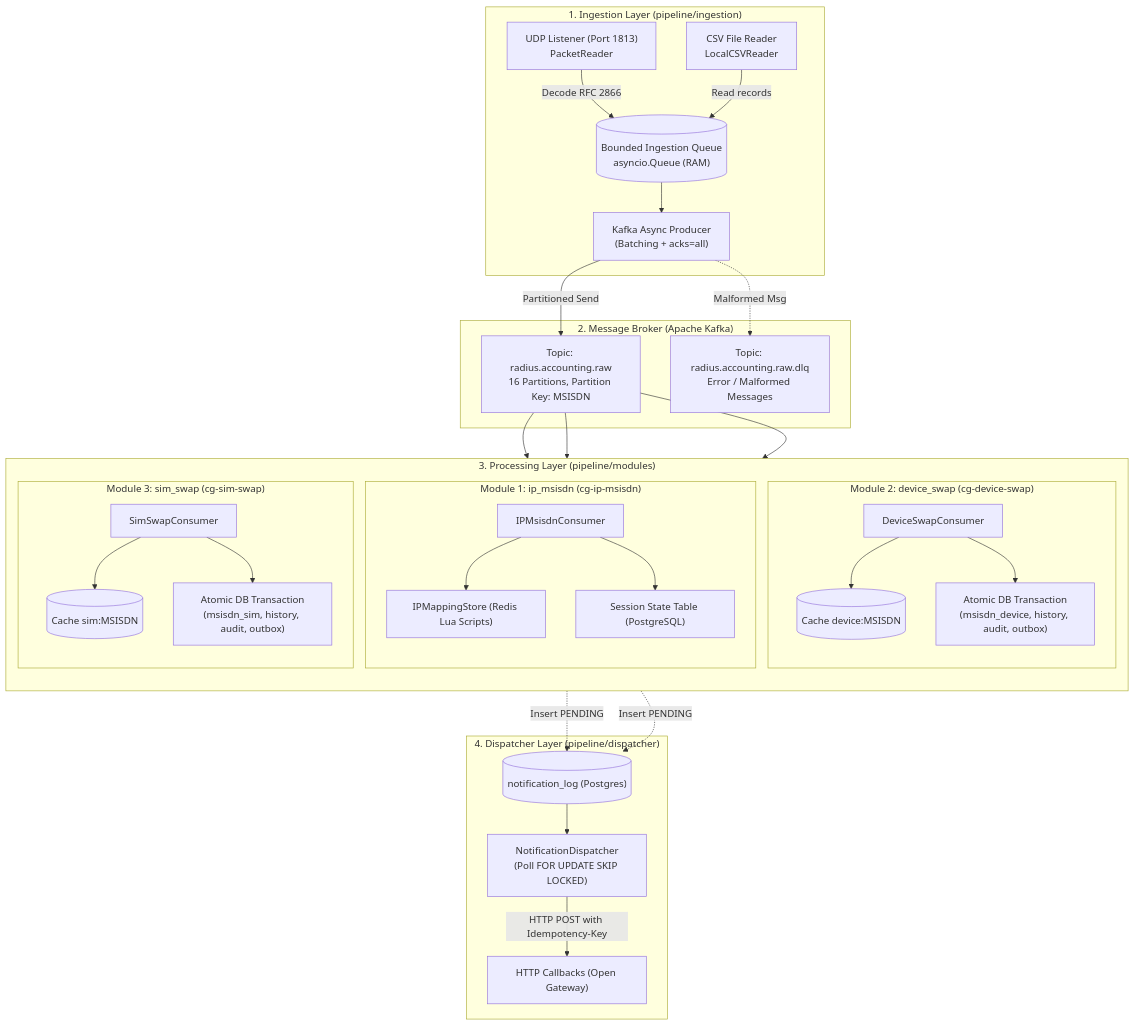
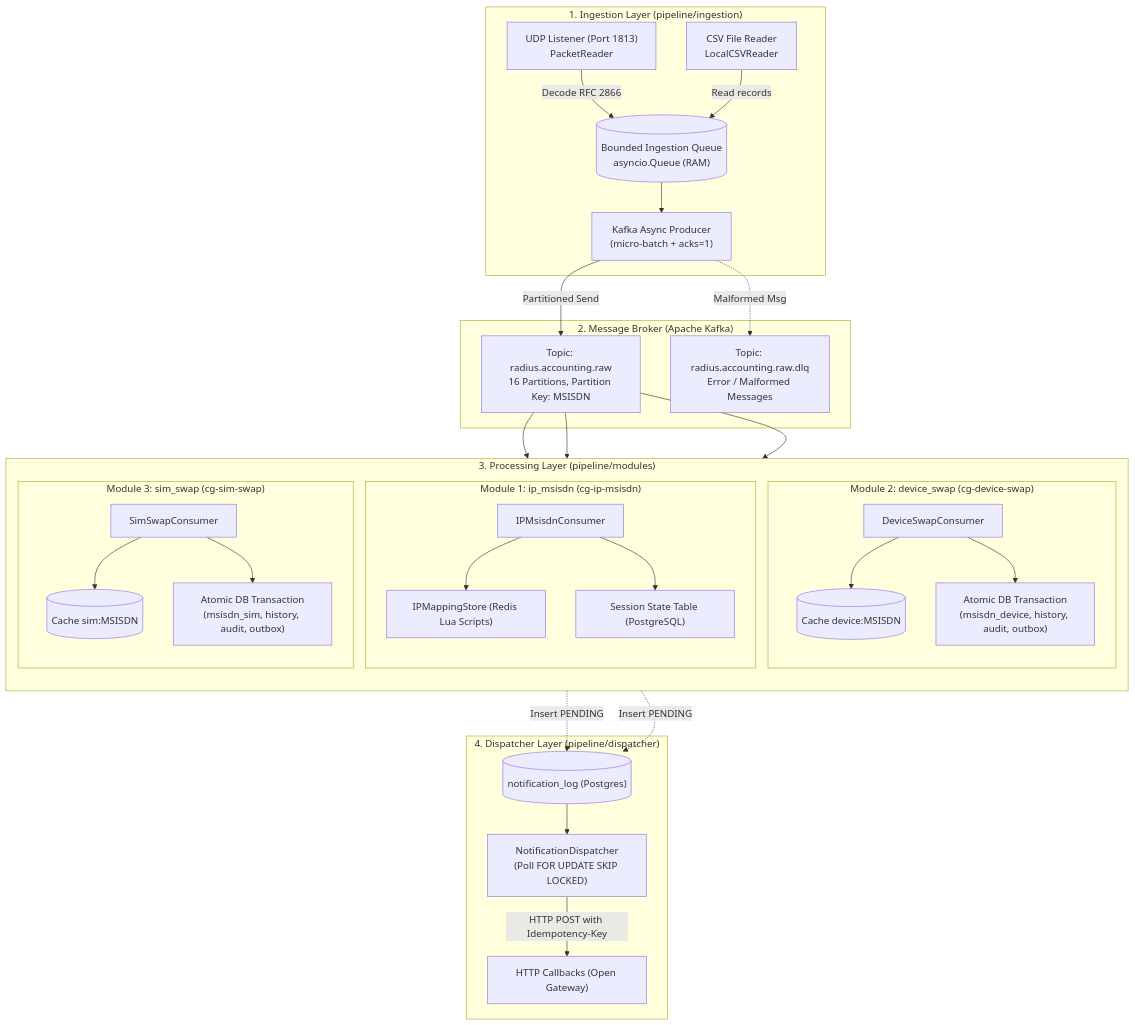
The first of 2 diagrams in pipeline/README.md (chuyenvanhust/camara-pipeline), drawn with Mermaid before and after one commit. The commit also changed other lines of this file and 30 other files, not shown here.

````diff
--- a/pipeline/README.md
+++ b/pipeline/README.md
@@ -9,62 +9,62 @@
 ```mermaid
 flowchart TD
     subgraph INGESTION["1. Ingestion Layer (pipeline/ingestion)"]
         UDP["UDP Listener (Port 1813)<br/>PacketReader"]
         CSVPROD["CSV File Reader<br/>LocalCSVReader"]
         QUEUE[("Bounded Ingestion Queue<br/>asyncio.Queue (RAM)")]
-        KPROD["Kafka Async Producer<br/>(Batching + acks=all)"]
+        KPROD["Kafka Async Producer<br/>(micro-batch + acks=1)"]
         
         UDP -->|Decode RFC 2866| QUEUE
         CSVPROD -->|Read records| QUEUE
         QUEUE --> KPROD
     end
 
     subgraph BROKER["2. Message Broker (Apache Kafka)"]
         TOPIC["Topic: radius.accounting.raw<br/>16 Partitions, Partition Key: MSISDN"]
         DLQ["Topic: radius.accounting.raw.dlq<br/>Error / Malformed Messages"]
         
         KPROD -->|Partitioned Send| TOPIC
         KPROD -.->|Malformed Msg| DLQ
     end
 
     subgraph PROCESSING["3. Processing Layer (pipeline/modules)"]
         direction TB
         subgraph IPMSISDN["Module 1: ip_msisdn (cg-ip-msisdn)"]
             IP_CONS["IPMsisdnConsumer"]
             IP_STORE["IPMappingStore (Redis Lua Scripts)"]
             IP_DB["Session State Table (PostgreSQL)"]
             IP_CONS --> IP_STORE
             IP_CONS --> IP_DB
         end
 
         subgraph DEVICESWAP["Module 2: device_swap (cg-device-swap)"]
             DEV_CONS["DeviceSwapConsumer"]
             DEV_CACHE[("Cache device:MSISDN")]
             DEV_TX["Atomic DB Transaction<br/>(msisdn_device, history, audit, outbox)"]
             DEV_CONS --> DEV_CACHE
             DEV_CONS --> DEV_TX
         end
 
         subgraph SIMSWAP["Module 3: sim_swap (cg-sim-swap)"]
             SIM_CONS["SimSwapConsumer"]
             SIM_CACHE[("Cache sim:MSISDN")]
             SIM_TX["Atomic DB Transaction<br/>(msisdn_sim, history, audit, outbox)"]
             SIM_CONS --> SIM_CACHE
             SIM_CONS --> SIM_TX
         end
 
         TOPIC --> IP_CONS
         TOPIC --> DEV_CONS
         TOPIC --> SIM_CONS
     end
 
     subgraph DISPATCH["4. Dispatcher Layer (pipeline/dispatcher)"]
         NOTIF_WORKER["NotificationDispatcher<br/>(Poll FOR UPDATE SKIP LOCKED)"]
         WEBHOOK["HTTP Callbacks (Open Gateway)"]
         
         DEV_TX -.->|Insert PENDING| OUTBOX_TBL[("notification_log (Postgres)")]
         SIM_TX -.->|Insert PENDING| OUTBOX_TBL
         OUTBOX_TBL --> NOTIF_WORKER
         NOTIF_WORKER -->|HTTP POST with Idempotency-Key| WEBHOOK
     end
 ```
````
